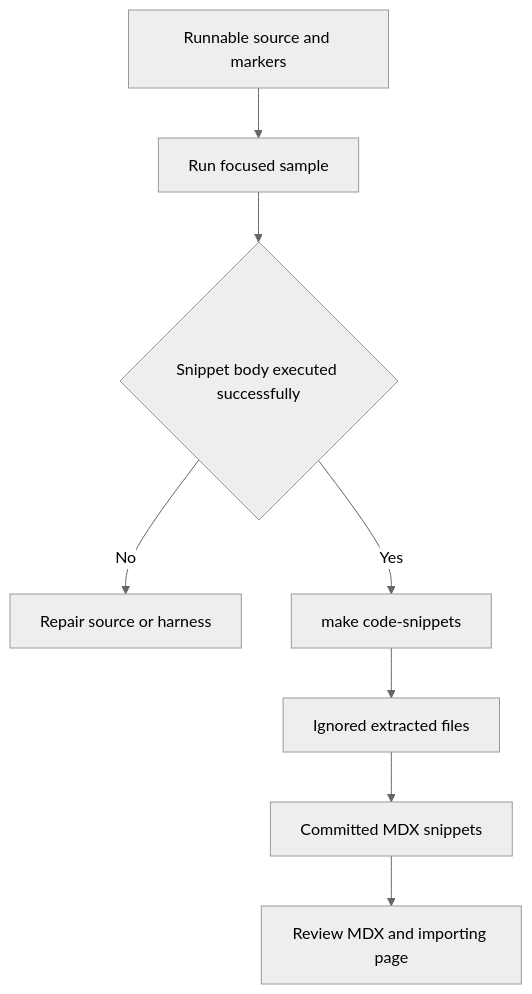
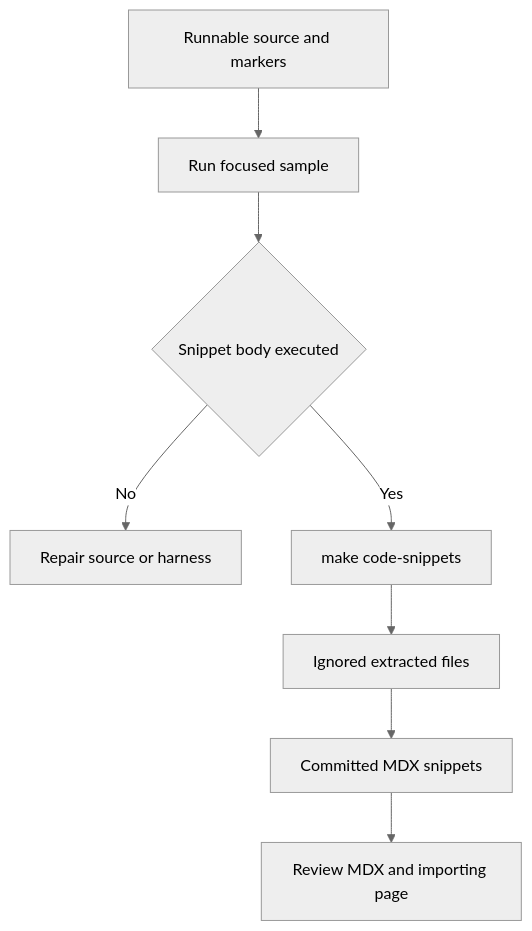
Before and after one commit to langchain-ai/docs: the second of 3 diagrams in openwiki/operations/agent-skills.md, drawn with Mermaid (neutral theme). The commit also changed other lines of this file and 39 other files, not shown here.

````diff
--- a/openwiki/operations/agent-skills.md
+++ b/openwiki/operations/agent-skills.md
@@ -109,10 +116,10 @@
 ```mermaid
 flowchart TD
   Source["Runnable source and markers"] --> Test["Run focused sample"]
-  Test --> Pass{"Snippet body executed successfully"}
+  Test --> Pass{"Snippet body executed"}
   Pass -- "No" --> Repair["Repair source or harness"]
   Pass -- "Yes" --> Extract["make code-snippets"]
   Extract --> Intermediate["Ignored extracted files"]
   Intermediate --> MDX["Committed MDX snippets"]
   MDX --> Review["Review MDX and importing page"]
 ```
````
